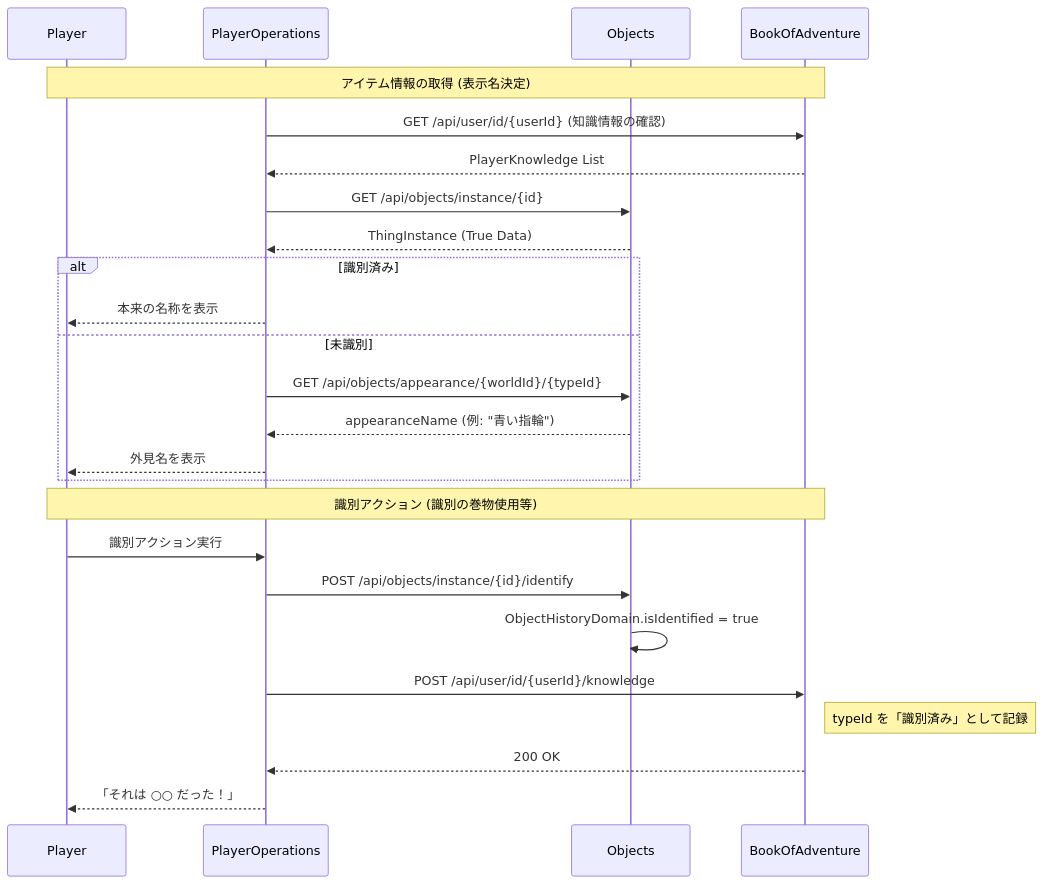
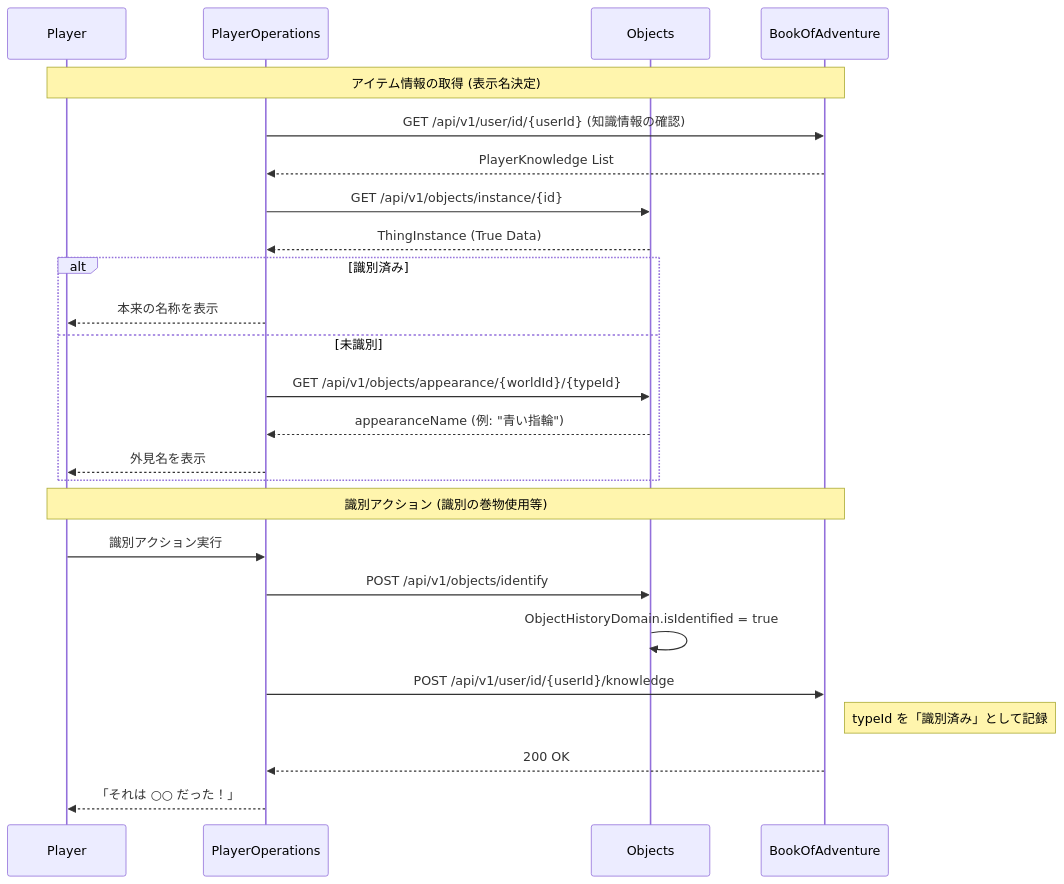
One commit to yamanakahirofumi/rogueb changed the diagram in docs/features/Item-Identification-System.md. Above: the diagram before and after it, drawn with Mermaid. The commit also changed other lines of this file and 2 other files, not shown here.

````diff
--- a/docs/features/Item-Identification-System.md
+++ b/docs/features/Item-Identification-System.md
@@ -67,29 +67,29 @@
 ```mermaid
 sequenceDiagram
     participant P as Player
     participant PO as PlayerOperations
     participant OBJ as Objects
     participant BA as BookOfAdventure
 
     Note over P, BA: アイテム情報の取得 (表示名決定)
-    PO->>BA: GET /api/user/id/{userId} (知識情報の確認)
+    PO->>BA: GET /api/v1/user/id/{userId} (知識情報の確認)
     BA-->>PO: PlayerKnowledge List
-    PO->>OBJ: GET /api/objects/instance/{id}
+    PO->>OBJ: GET /api/v1/objects/instance/{id}
     OBJ-->>PO: ThingInstance (True Data)
     alt 識別済み
         PO-->>P: 本来の名称を表示
     else 未識別
-        PO->>OBJ: GET /api/objects/appearance/{worldId}/{typeId}
+        PO->>OBJ: GET /api/v1/objects/appearance/{worldId}/{typeId}
         OBJ-->>PO: appearanceName (例: "青い指輪")
         PO-->>P: 外見名を表示
     end
 
     Note over P, BA: 識別アクション (識別の巻物使用等)
     P->>PO: 識別アクション実行
-    PO->>OBJ: POST /api/objects/instance/{id}/identify
+    PO->>OBJ: POST /api/v1/objects/identify
     OBJ->>OBJ: ObjectHistoryDomain.isIdentified = true
-    PO->>BA: POST /api/user/id/{userId}/knowledge
+    PO->>BA: POST /api/v1/user/id/{userId}/knowledge
     Note right of BA: typeId を「識別済み」として記録
     BA-->>PO: 200 OK
     PO-->>P: 「それは ○○ だった！」
 ```
````
